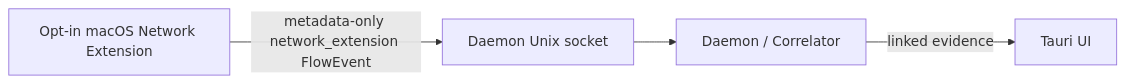
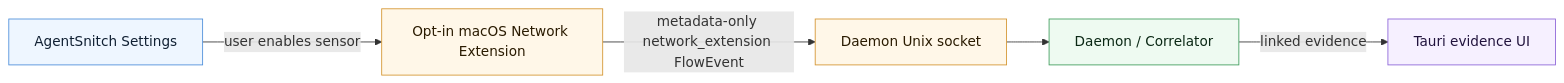
Before and after one commit to somoore/agentsnitch: the second of 2 diagrams in docs/getting-started.md, drawn with Mermaid. The commit also changed other lines of this file and 19 other files, not shown here.

````diff
--- a/docs/getting-started.md
+++ b/docs/getting-started.md
@@ -111,11 +136,23 @@
 ```mermaid
 flowchart LR
+    classDef app fill:#eef6ff,stroke:#4c8eda,color:#102033
+    classDef sensor fill:#fff7e8,stroke:#d4942f,color:#2a1b00
+    classDef daemon fill:#eefaf1,stroke:#3f9d5c,color:#0b2815
+    classDef ui fill:#f6f0ff,stroke:#8c63d8,color:#21133d
+
+    Settings["AgentSnitch Settings"]
     NE["Opt-in macOS Network Extension"]
     Socket["Daemon Unix socket"]
     Correlator["Daemon / Correlator"]
-    UI["Tauri UI"]
+    UI["Tauri evidence UI"]
 
+    Settings -->|"user enables sensor"| NE
     NE -->|"metadata-only network_extension FlowEvent"| Socket
     Socket --> Correlator
     Correlator -->|"linked evidence"| UI
+
+    class Settings app
+    class NE,Socket sensor
+    class Correlator daemon
+    class UI ui
 ```
````
